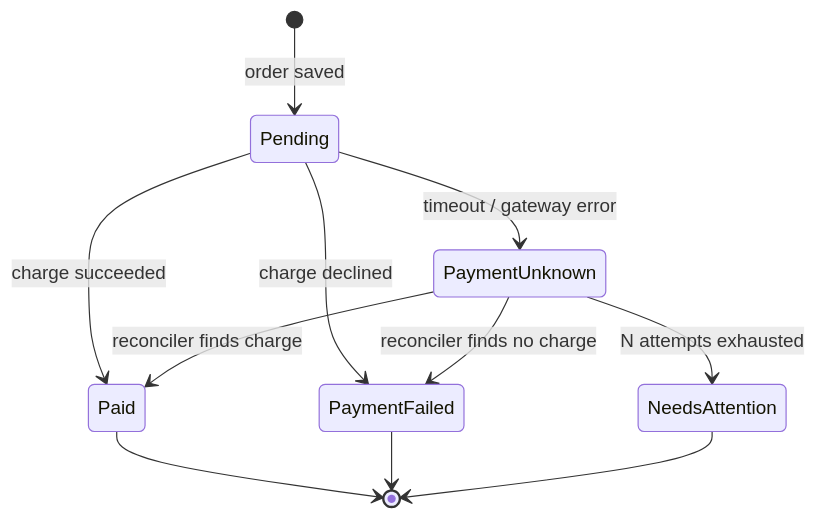
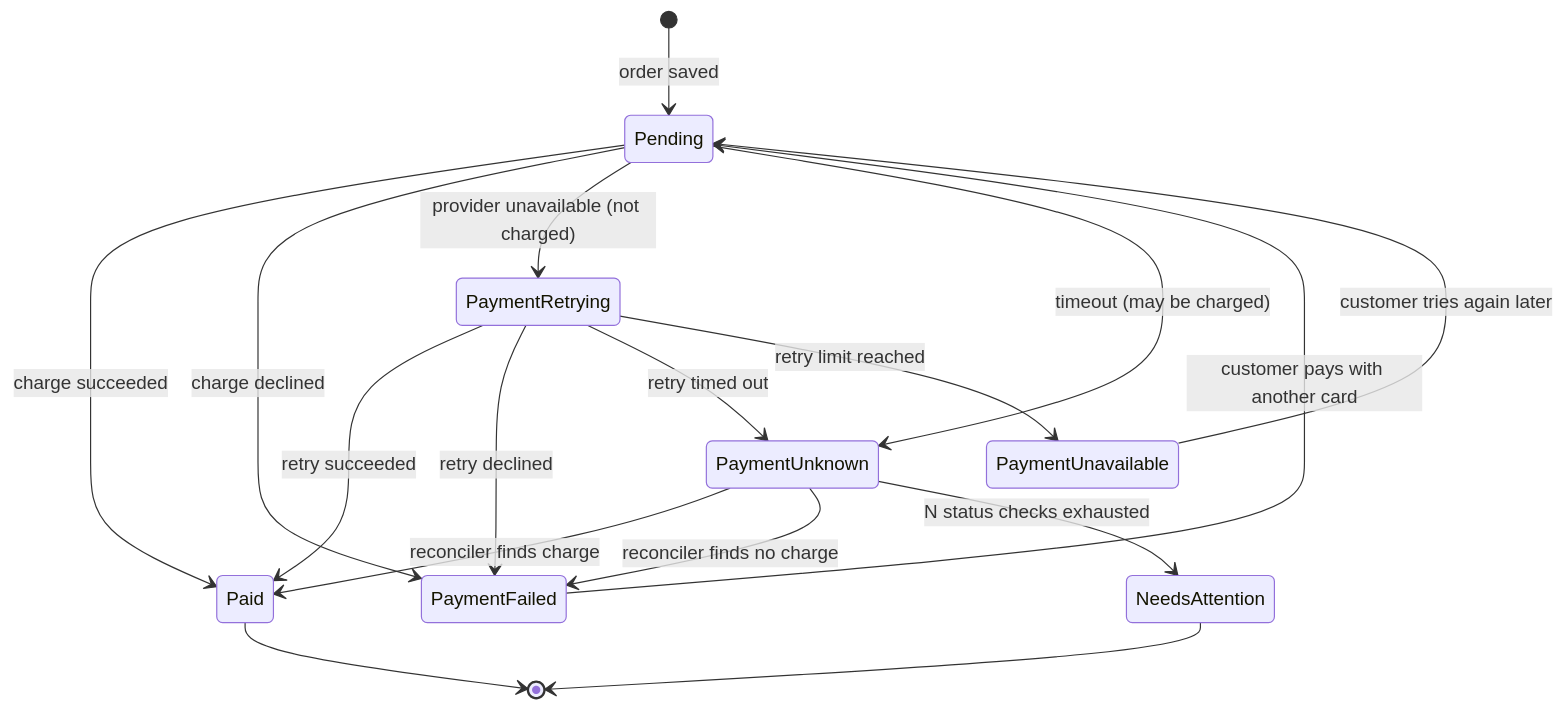
The second of 4 diagrams in ARCHITECTURE.md (tony-engineering/storefront-blueprint), drawn with Mermaid before and after one commit. The commit also changed other lines of this file and 17 other files, not shown here.

````diff
--- a/ARCHITECTURE.md
+++ b/ARCHITECTURE.md
@@ -103,13 +118,19 @@
 ```mermaid
 stateDiagram-v2
     [*] --> Pending : order saved
     Pending --> Paid : charge succeeded
     Pending --> PaymentFailed : charge declined
-    Pending --> PaymentUnknown : timeout / gateway error
+    Pending --> PaymentRetrying : provider unavailable (not charged)
+    Pending --> PaymentUnknown : timeout (may be charged)
+    PaymentRetrying --> Paid : retry succeeded
+    PaymentRetrying --> PaymentFailed : retry declined
+    PaymentRetrying --> PaymentUnknown : retry timed out
+    PaymentRetrying --> PaymentUnavailable : retry limit reached
     PaymentUnknown --> Paid : reconciler finds charge
     PaymentUnknown --> PaymentFailed : reconciler finds no charge
-    PaymentUnknown --> NeedsAttention : N attempts exhausted
+    PaymentUnknown --> NeedsAttention : N status checks exhausted
+    PaymentFailed --> Pending : customer pays with another card
+    PaymentUnavailable --> Pending : customer tries again later
     Paid --> [*]
-    PaymentFailed --> [*]
     NeedsAttention --> [*]
 ```
````
